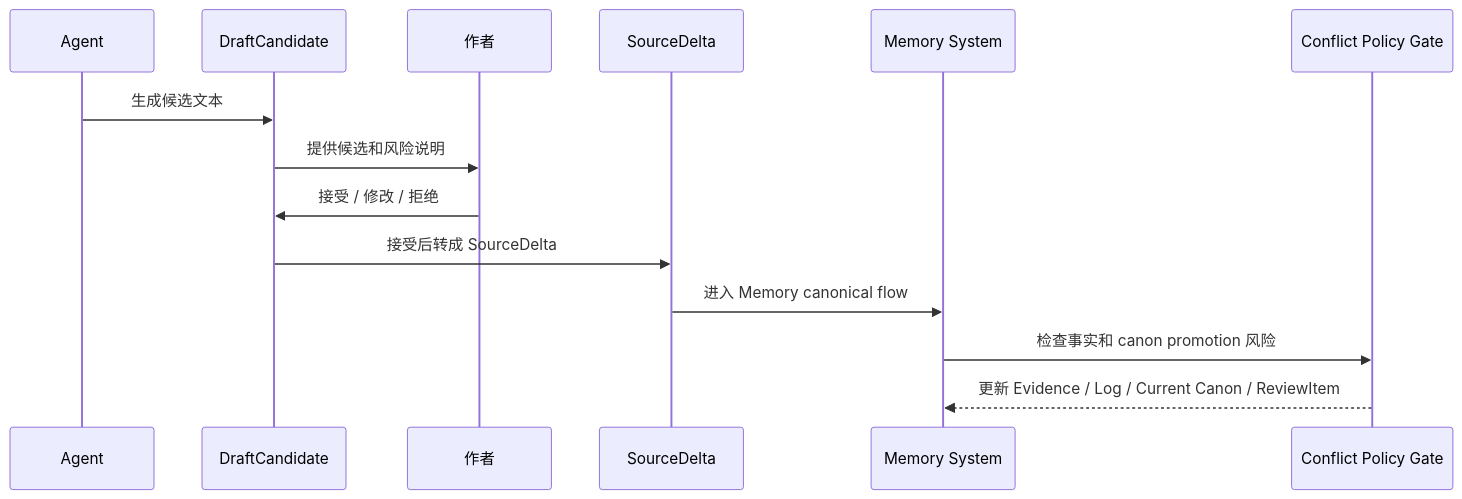
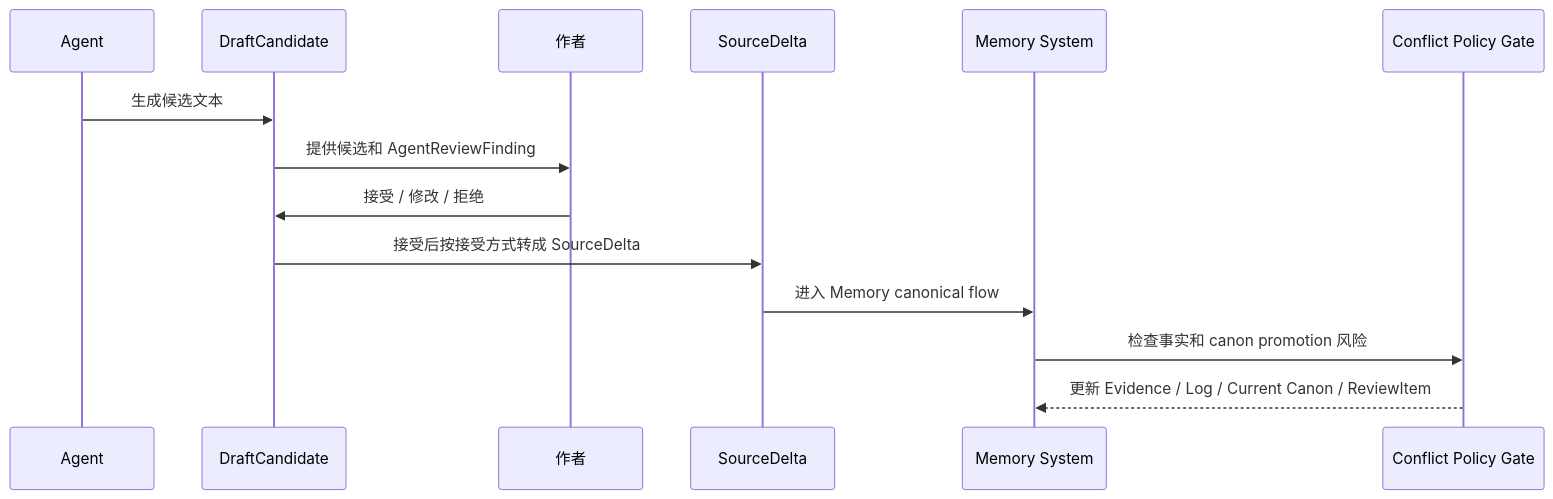
Before and after one commit to FrankQDWang/sextantlabs: the second of 3 diagrams in goals/25-agent-memory-writeback.md, drawn with Mermaid. The commit also changed other lines of this file, not shown here.

Commit message:
Clarify accepted agent text source semantics

````diff
--- a/goals/25-agent-memory-writeback.md
+++ b/goals/25-agent-memory-writeback.md
@@ -29,17 +29,17 @@
 ```mermaid
 sequenceDiagram
     participant Agent as Agent
     participant Draft as DraftCandidate
     participant Author as 作者
     participant Delta as SourceDelta
     participant Memory as Memory System
     participant Gate as Conflict Policy Gate
 
     Agent->>Draft: 生成候选文本
-    Draft->>Author: 提供候选和风险说明
+    Draft->>Author: 提供候选和 AgentReviewFinding
     Author->>Draft: 接受 / 修改 / 拒绝
-    Draft->>Delta: 接受后转成 SourceDelta
+    Draft->>Delta: 接受后按接受方式转成 SourceDelta
     Delta->>Memory: 进入 Memory canonical flow
     Memory->>Gate: 检查事实和 canon promotion 风险
     Gate-->>Memory: 更新 Evidence / Log / Current Canon / ReviewItem
 ```
````
